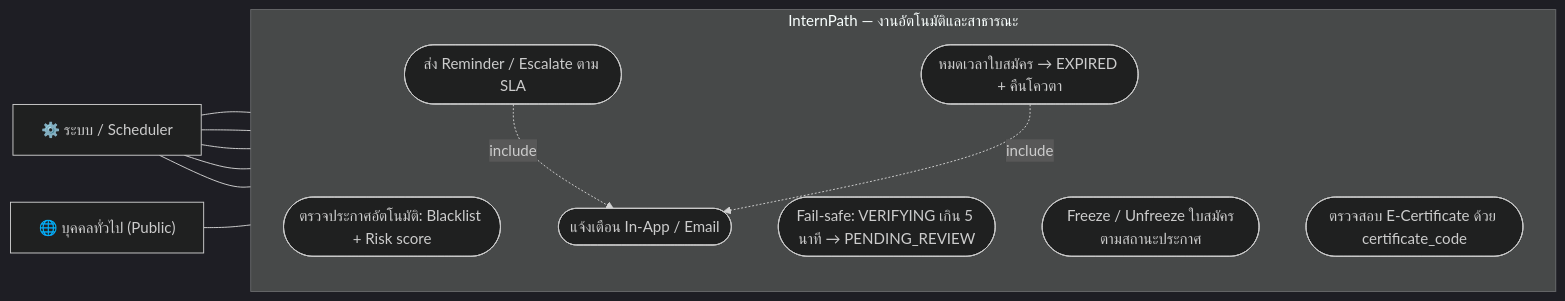
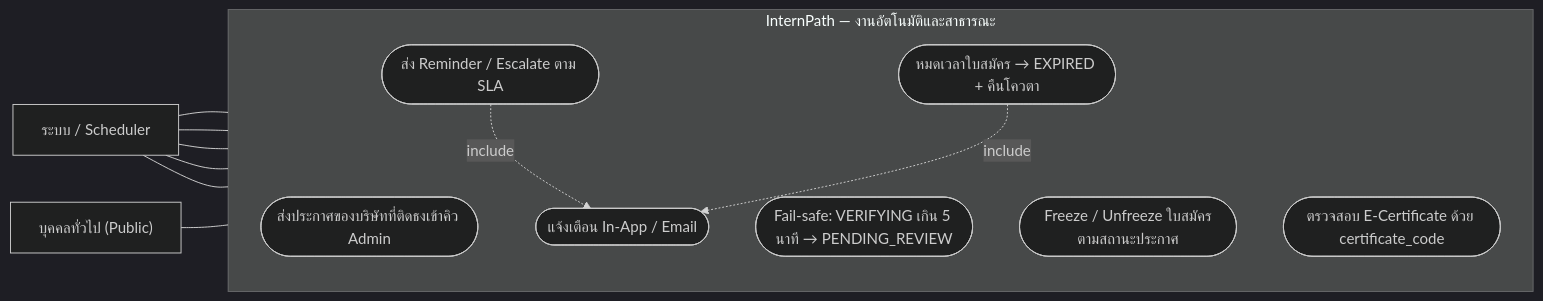
The fifth of 18 diagrams in docs/diagram.md (InternPATHz/InternPATH), drawn with Mermaid (dark theme) before and after one commit. The commit also changed other lines of this file and 224 other files, not shown here.

````diff
--- a/docs/diagram.md
+++ b/docs/diagram.md
@@ -155,25 +155,25 @@
 ```mermaid
 flowchart LR
-    SY["⚙️ ระบบ / Scheduler"]
-    P["🌐 บุคคลทั่วไป (Public)"]
+    SY["ระบบ / Scheduler"]
+    P["บุคคลทั่วไป (Public)"]
 
     subgraph SYS["InternPath — งานอัตโนมัติและสาธารณะ"]
         direction TB
-        Y1(["ตรวจประกาศอัตโนมัติ: Blacklist + Risk score"])
+        Y1(["ส่งประกาศของบริษัทที่ติดธงเข้าคิว Admin"])
         Y2(["Fail-safe: VERIFYING เกิน 5 นาที → PENDING_REVIEW"])
         Y3(["หมดเวลาใบสมัคร → EXPIRED + คืนโควตา"])
         Y4(["Freeze / Unfreeze ใบสมัครตามสถานะประกาศ"])
         Y5(["ส่ง Reminder / Escalate ตาม SLA"])
         Y6(["แจ้งเตือน In-App / Email"])
         Y7(["ตรวจสอบ E-Certificate ด้วย certificate_code"])
     end
 
     SY --- Y1
     SY --- Y2
     SY --- Y3
     SY --- Y4
     SY --- Y5
     Y5 -.->|include| Y6
     Y3 -.->|include| Y6
     P --- Y7
 ```
````
